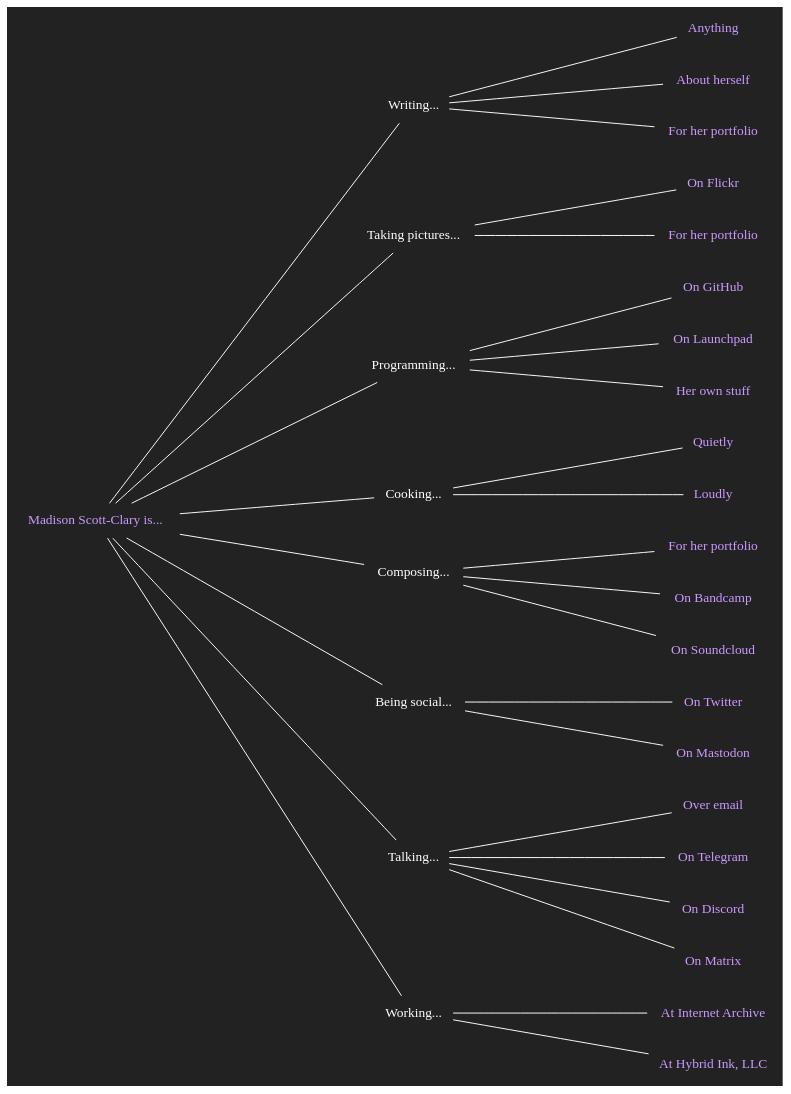
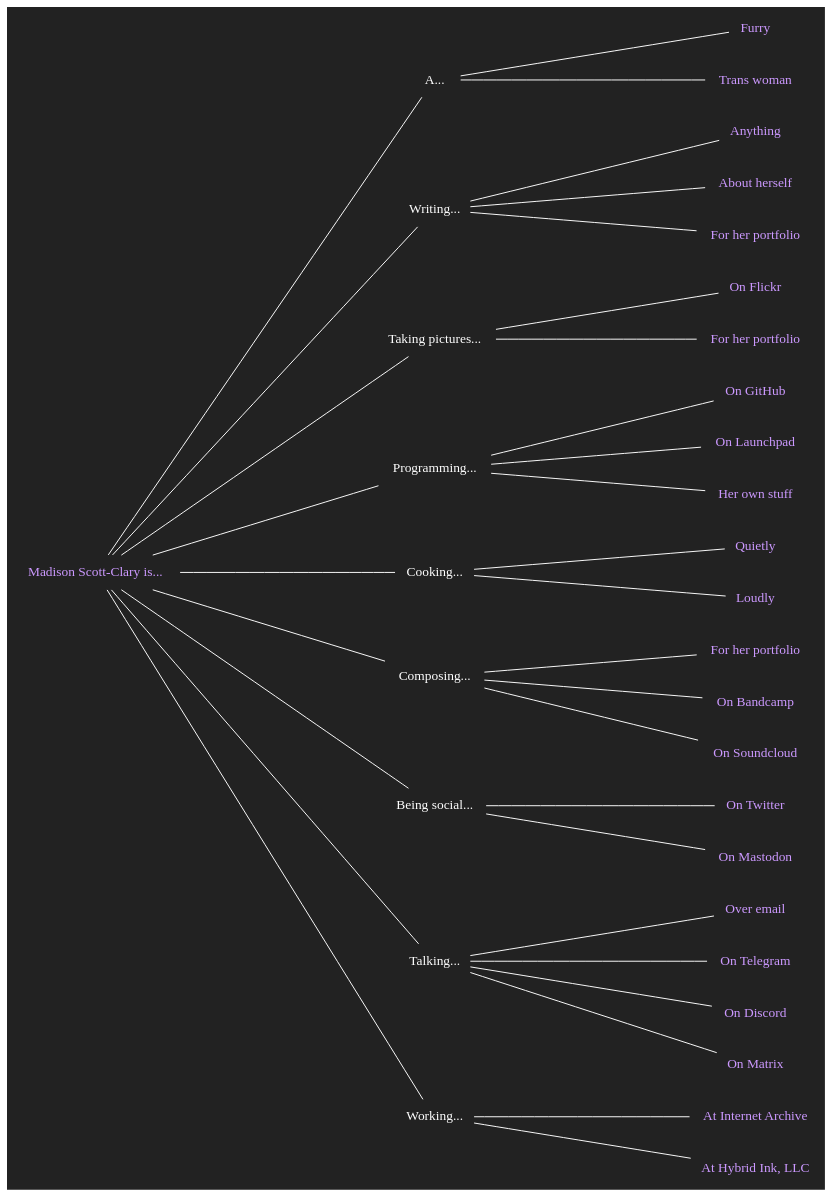
Before and after one commit to makyo/makyo.is: the diagram in is.dot, drawn with Graphviz. The commit also changed 5 other files, not shown here.

```diff
--- a/is.dot
+++ b/is.dot
@@ -1,73 +1,78 @@
 graph is {
     node[shape="none",fontcolor="#ffffff",color="#ffffff",fontname="Helvetica bold"]
     edge[color="#ffffff"]
-    graph[bgcolor="#222222",label="",margin="0",rankdir="LR",ranksep=2.5]
+    graph[bgcolor="#222222",label="",margin="0",rankdir="LR",ranksep=2.8]
 
     copula [label="Madison Scott-Clary is...",fontcolor="#cc99ff",href="https://drab-makyo.com"]
+
+    a [label="A..."]
+    a_furry [label="Furry",fontcolor="#cc99ff",href="https://ally.id/furry/"]
+    a_transwoman [label="Trans woman",fontcolor="#cc99ff",href="https://drab-makyo.com/changes/"]
+    copula -- a -- {a_furry, a_transwoman}
 
     writing [label="Writing..."]
     writing_anything [label="Anything",fontcolor="#cc99ff",href="https://writing.drab-makyo.com"]
     writing_ally [label="About herself",fontcolor="#cc99ff",href="https://ally.id"]
     writing_portfolio [label="For her portfolio",fontcolor="#cc99ff",href="https://makyo.ink"]
     copula -- writing
     writing -- writing_anything
     writing -- writing_ally
     writing -- writing_portfolio
 
     photography [label="Taking pictures..."]
     photography_flickr [label="On Flickr",fontcolor="#cc99ff",href="https://flickr.com/photos/ranna"]
     photography_portfolio [label="For her portfolio",fontcolor="#cc99ff",href="https://makyo.photography"]
     copula -- photography
     photography -- photography_portfolio
     photography -- photography_flickr
 
     programming [label="Programming..."]
     programming_github [label="On GitHub",fontcolor="#cc99ff",href="https://github.com/makyo"]
     programming_launchpad [label="On Launchpad",fontcolor="#cc99ff",href="https://launchpad.net/~makyo"]
     programming_personal [label="Her own stuff",fontcolor="#cc99ff",href="https://makyo.dev"]
     copula -- programming
     programming -- programming_github
     programming -- programming_launchpad
     programming -- programming_personal
 
     cooking [label="Cooking..."]
     cooking_quietly [label="Quietly",fontcolor="#cc99ff",href="https://makyo.cooking"]
     cooking_loudly [label="Loudly",fontcolor="#cc99ff",href="https://mealtime.with.maddypa.ws"]
     copula -- cooking
     cooking -- cooking_quietly
     cooking -- cooking_loudly
 
     composing [label="Composing..."]
     composing_portfolio [label="For her portfolio",fontcolor="#cc99ff",href="https://sounds.drab-makyo.com"]
     composing_bandcamp [label="On Bandcamp",fontcolor="#cc99ff",href="https://drab-makyo.bandcamp.com"]
     composing_soundcloud [label="On Soundcloud",fontcolor="#cc99ff",href="https://soundcloud.com/drabmakyo"]
     copula -- composing
     composing -- composing_portfolio
     composing -- composing_bandcamp
     composing -- composing_soundcloud
 
     social [label="Being social..."]
     social_twitter [label="On Twitter",fontcolor="#cc99ff",href="https://twitter.com/drab_makyo"]
     social_mastodon [label="On Mastodon",fontcolor="#cc99ff",href="https://snouts.online/@makyo"]
     copula -- social
     social -- social_twitter
     social -- social_mastodon
 
     talking [label="Talking..."]
     talking_email [label="Over email",fontcolor="#cc99ff",href="mailto:makyo@drab-makyo.com"]
     talking_telegram [label="On Telegram",fontcolor="#cc99ff",href="https://t.me/DrabMakyo"]
     talking_discord [label="On Discord",fontcolor="#cc99ff",href="/discord",title="Makyo#7093"]
     talking_matrix [label="On Matrix",fontcolor="#cc99ff",href="https://matrix.to/#/@makyo:drab-makyo.com"]
     copula -- talking
     talking -- talking_email
     talking -- talking_telegram
     talking -- talking_discord
     talking -- talking_matrix
 
     working [label="Working..."]
     working_current [label="At Internet Archive",fontcolor="#cc99ff",href="https://archive.org"]
     working_hybrid [label="At Hybrid Ink, LLC",fontcolor="#cc99ff",href="https://hybrid.ink"]
     copula -- working
     working -- working_current
     working -- working_hybrid
 }
```
